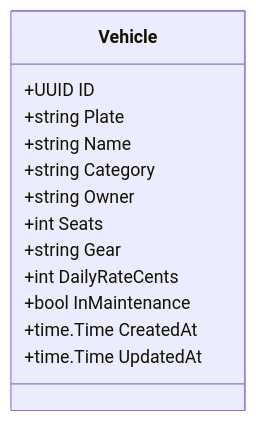
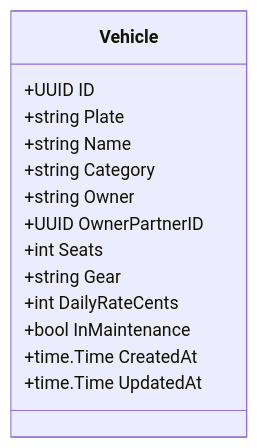
The diagram in .claude/business-rules/01-frota.md (eliseurs/neonflow-api), drawn with Mermaid before and after one commit. The commit also changed 36 other files, not shown here.

````diff
--- a/.claude/business-rules/01-frota.md
+++ b/.claude/business-rules/01-frota.md
@@ -28,16 +28,17 @@
 ```mermaid
 classDiagram
     class Vehicle {
         +UUID ID
         +string Plate
         +string Name
         +string Category
-        +string Owner
+                +string Owner
+        +UUID OwnerPartnerID
         +int Seats
         +string Gear
         +int DailyRateCents
         +bool InMaintenance
         +time.Time CreatedAt
         +time.Time UpdatedAt
     }
 ```
````
